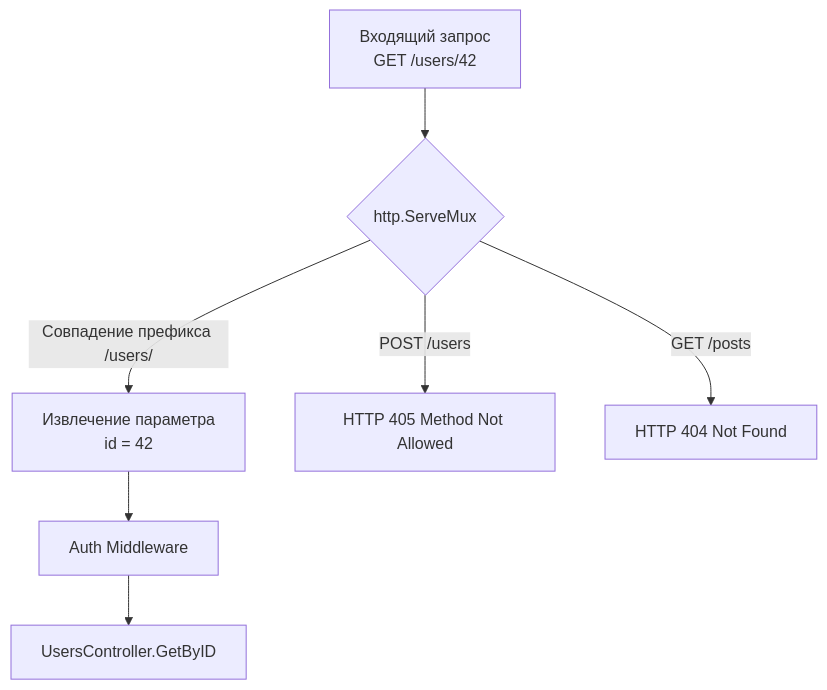
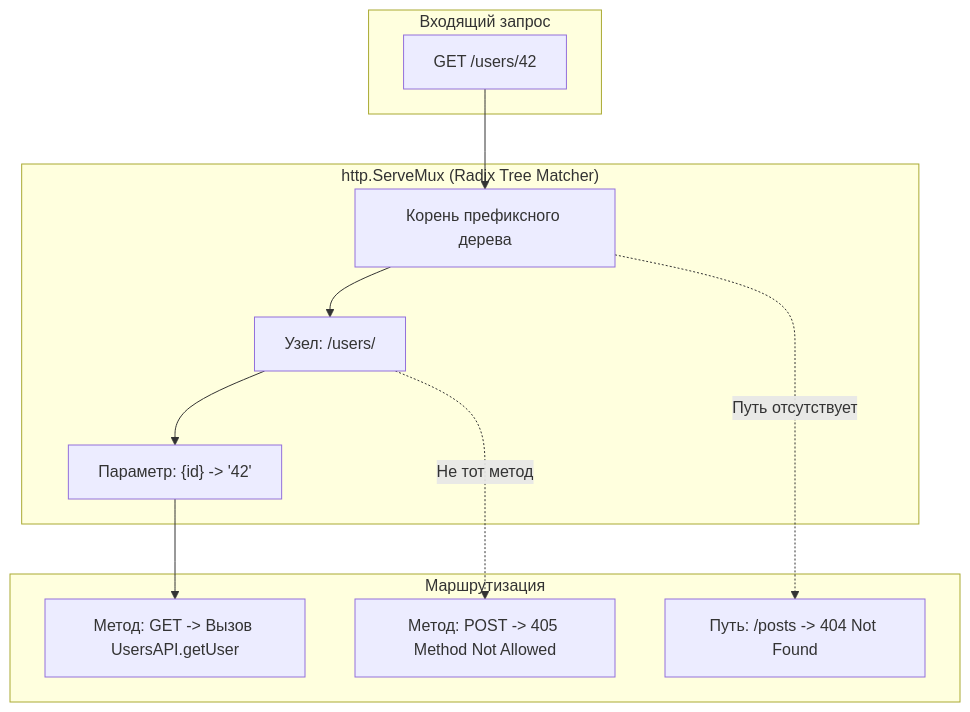
The diagram in sources/15. Тестирование в Go (QA & Testing)/06. HTTP и API тестирование/4. Тестирование REST API.md (UnrealTemplier/go-textbook), drawn with Mermaid before and after one commit. The commit also changed other lines of this file, not shown here.

Commit message:
feat(module-15): editorial rewrite of lecture 4 (Тестирование REST API) in Subsection 6 in Kernighan style

````diff
--- a/sources/15. Тестирование в Go (QA & Testing)/06. HTTP и API тестирование/4. Тестирование REST API.md
+++ b/sources/15. Тестирование в Go (QA & Testing)/06. HTTP и API тестирование/4. Тестирование REST API.md
@@ -19,9 +31,25 @@
 ```mermaid
 flowchart TD
-    A["Входящий запрос<br>GET /users/42"] -->B{"http.ServeMux"}
-    B -->|"Совпадение префикса /users/"| C["Извлечение параметра<br>id = 42"]
-    C --> D["Auth Middleware"]
-    D --> E["UsersController.GetByID"]
-    B -->|"POST /users"| F["HTTP 405 Method Not Allowed"]
-    B -->|"GET /posts"| G["HTTP 404 Not Found"]
+    subgraph ClientRequest["Входящий запрос"]
+        Req["GET /users/42"]
+    end
+
+    subgraph Router["http.ServeMux (Radix Tree Matcher)"]
+        Tree["Корень префиксного дерева"]
+        UsersNode["Узел: /users/"]
+        Wildcard["Параметр: {id} -> '42'"]
+        
+        Tree --> UsersNode --> Wildcard
+    end
+
+    subgraph Target["Маршрутизация"]
+        Match["Метод: GET -> Вызов UsersAPI.getUser"]
+        MismatchMethod["Метод: POST -> 405 Method Not Allowed"]
+        MismatchPath["Путь: /posts -> 404 Not Found"]
+    end
+
+    Req --> Tree
+    Wildcard --> Match
+    UsersNode -.->|"Не тот метод"| MismatchMethod
+    Tree -.->|"Путь отсутствует"| MismatchPath
 ```
````
